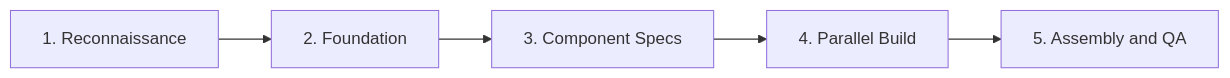
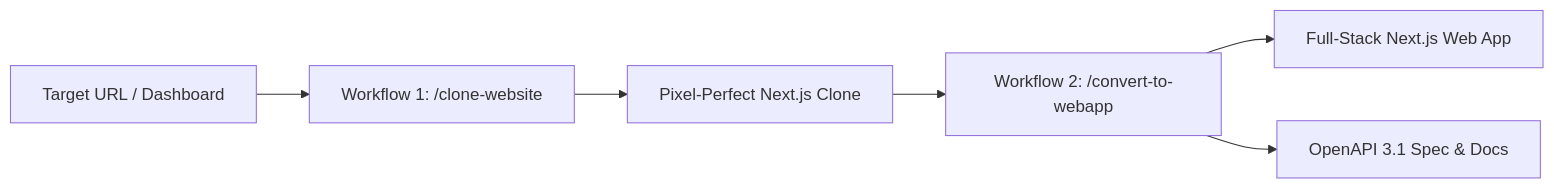
Before and after one commit to TheophilusChinomona/web-design-clone: the diagram in README.md, drawn with Mermaid. The commit also changed other lines of this file and 129 other files, not shown here.

Commit message:
feat: Website Cloner & WebApp Appification Platform with OpenAPI 3.1, DB, Auth, SSE Streaming & Multi-SDKs

````diff
--- a/README.md
+++ b/README.md
@@ -119,7 +23,8 @@
 ```mermaid
 flowchart LR
-    P1["1. Reconnaissance"] --> P2["2. Foundation"]
-    P2 --> P3["3. Component Specs"]
-    P3 --> P4["4. Parallel Build"]
-    P4 --> P5["5. Assembly and QA"]
+    Target["Target URL / Dashboard"] --> W1["Workflow 1: /clone-website"]
+    W1 --> Replica["Pixel-Perfect Next.js Clone"]
+    Replica --> W2["Workflow 2: /convert-to-webapp"]
+    W2 --> FullApp["Full-Stack Next.js Web App"]
+    W2 --> OpenAPI["OpenAPI 3.1 Spec & Docs"]
 ```
````
